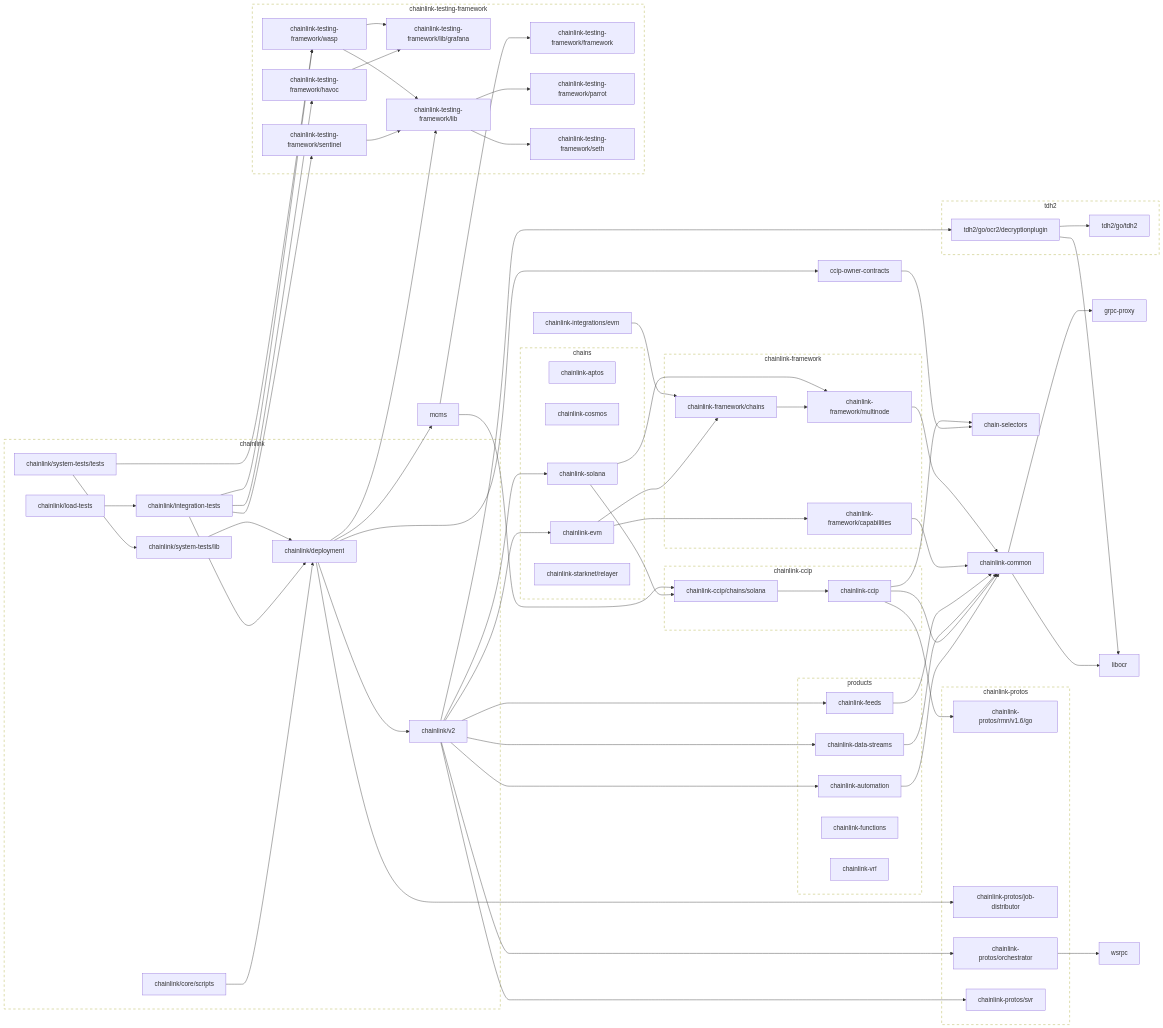
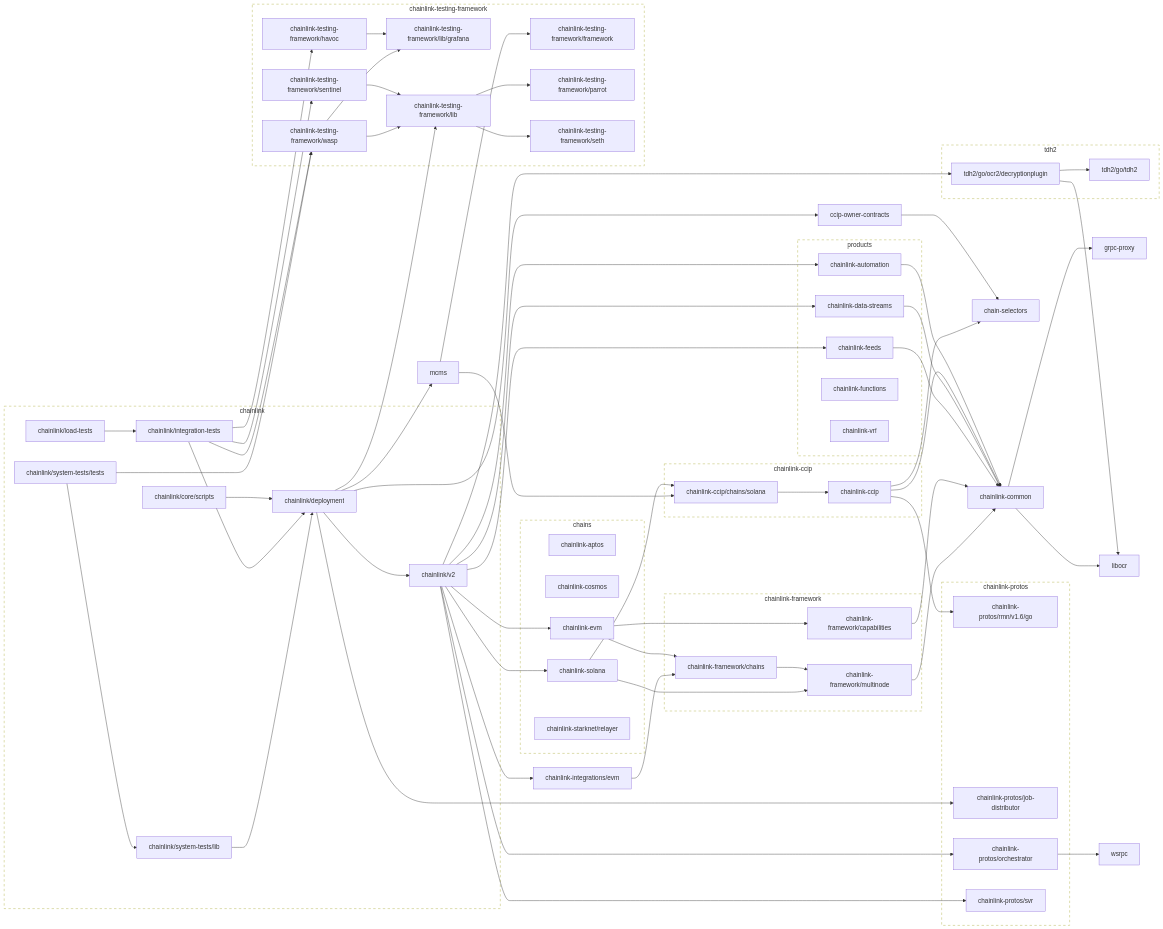
One commit to smartcontractkit/chainlink changed the second of 2 diagrams in go.md. Above: the diagram before and after it, drawn with Mermaid. The commit also changed other lines of this file and 3 other files, not shown here.

```diff
--- a/go.md
+++ b/go.md
@@ -213,6 +214,7 @@
 	chainlink/v2 --> chainlink-data-streams
 	chainlink/v2 --> chainlink-evm
 	chainlink/v2 --> chainlink-feeds
+	chainlink/v2 --> chainlink-integrations/evm
 	chainlink/v2 --> chainlink-protos/orchestrator
 	chainlink/v2 --> chainlink-protos/svr
 	chainlink/v2 --> chainlink-solana
```
